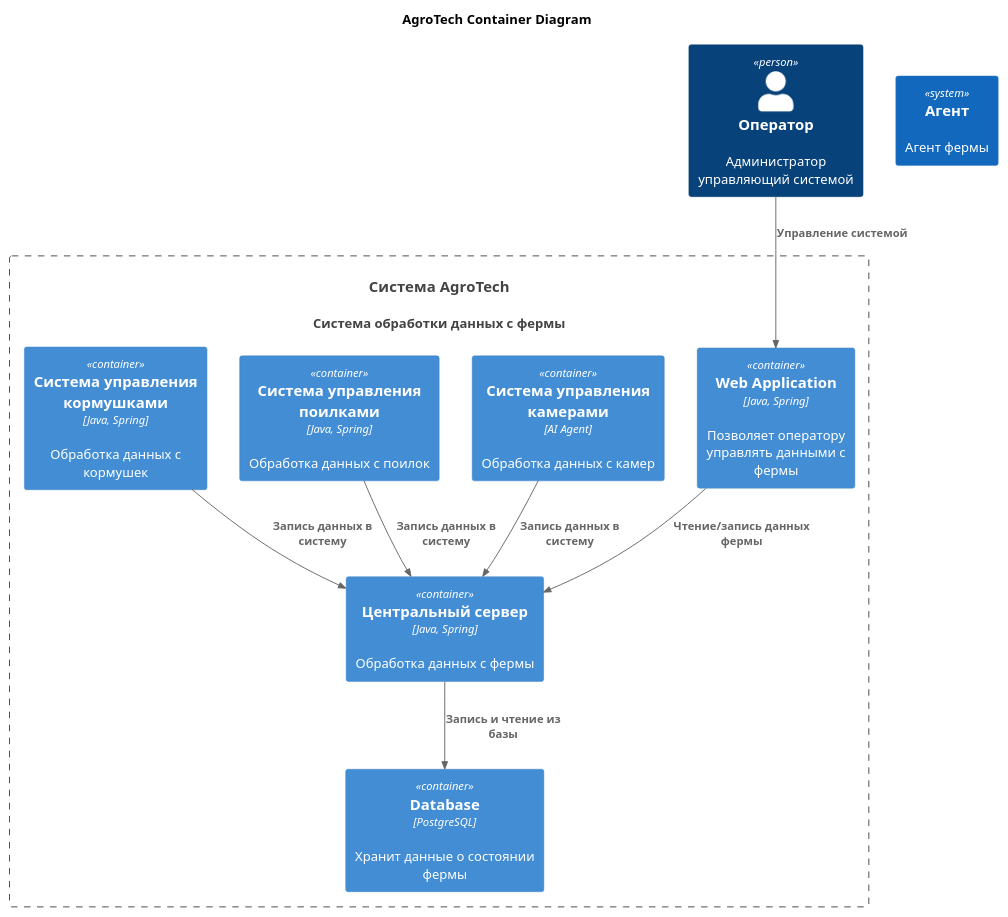
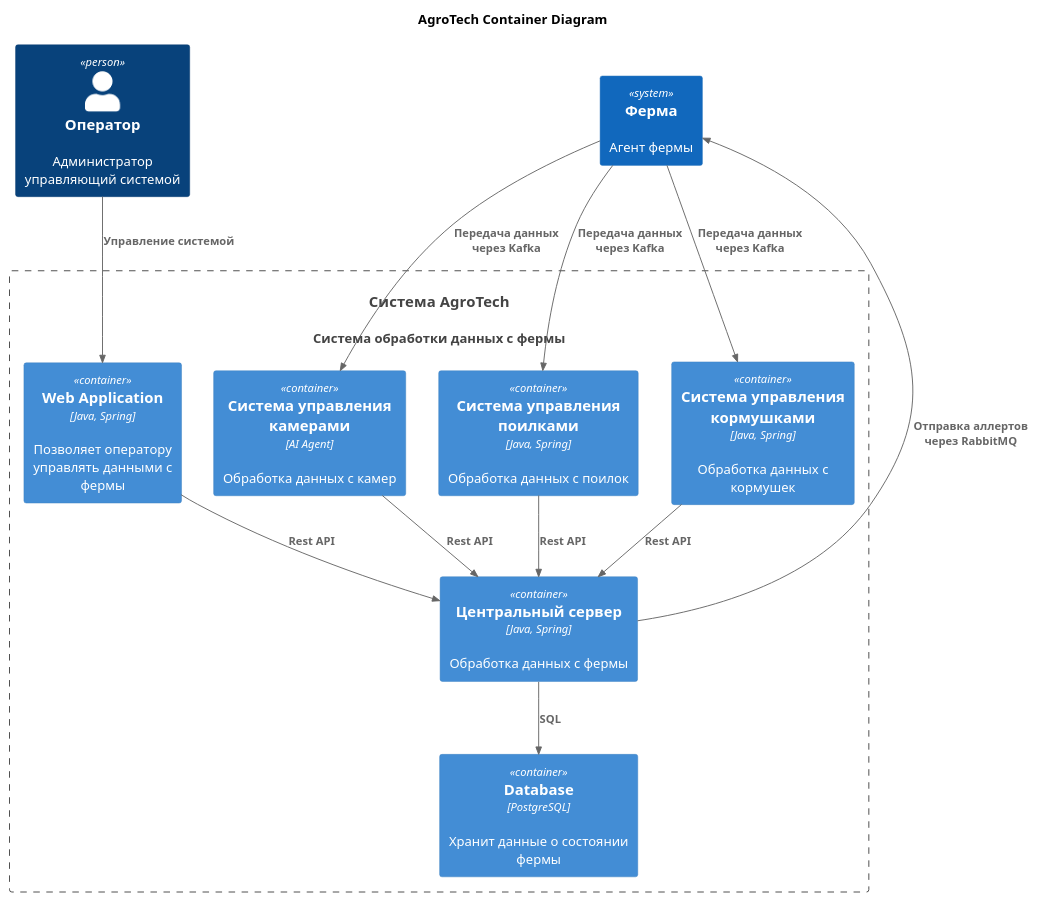
One commit to ChechelevNF/MSA-AgroTech changed the diagram in Task2/Container.puml. Above: the diagram before and after it, drawn with PlantUML. The commit also changed 5 other files, not shown here.

Commit message:
изменил диаграмму компонентов

```diff
--- a/Task2/Container.puml
+++ b/Task2/Container.puml
@@ -1,30 +1,33 @@
 @startuml
 title AgroTech Container Diagram
 
 top to bottom direction
 
 !includeurl https://raw.githubusercontent.com/RicardoNiepel/C4-PlantUML/master/C4_Component.puml
 
 Person(operator, "Оператор", "Администратор управляющий системой ")
 System(AgroTechSystem, "Система AgroTech", "Система обработки данных с фермы")
-System(Agent, "Агент", "Агент фермы")
+System(Farm, "Ферма", "Агент фермы")
 
 Container_Boundary(AgroTechSystem, "Система AgroTech") {
   Container(WebApp, "Web Application", "Java, Spring", "Позволяет оператору управлять данными с фермы")
   Container(Database, "Database", "PostgreSQL", "Хранит данные о состоянии фермы")
   Container(CameraSystem, "Система управления камерами", "AI Agent", "Обработка данных с камер")
   Container(DrinkingSystem, "Система управления поилками", "Java, Spring", "Обработка данных с поилок")
   Container(CentralServer, "Центральный сервер", "Java, Spring", "Обработка данных с фермы")
   Container(FeedingSystem, "Система управления кормушками", "Java, Spring", "Обработка данных с кормушек")
-
 }
 
-Rel(CameraSystem, CentralServer, "Запись данных в систему")
+Rel(CameraSystem, CentralServer, "Rest API")
 Rel(operator,WebApp,"Управление системой")
-Rel(WebApp, CentralServer, "Чтение/запись данных фермы")
-Rel(DrinkingSystem, CentralServer, "Запись данных в систему")
-Rel(CentralServer, Database, "Запись и чтение из базы")
-Rel(FeedingSystem, CentralServer, "Запись данных в систему")
+Rel(WebApp, CentralServer, "Rest API")
+Rel(DrinkingSystem, CentralServer, "Rest API")
+Rel(CentralServer, Database, "SQL")
+Rel(FeedingSystem, CentralServer, "Rest API")
+Rel(Farm, DrinkingSystem, "Передача данных через Kafka")
+Rel(Farm, FeedingSystem, "Передача данных через Kafka")
+Rel(Farm, CameraSystem, "Передача данных через Kafka")
+Rel(CentralServer, Farm, "Отправка аллертов через RabbitMQ")
 
 
 @enduml
```
